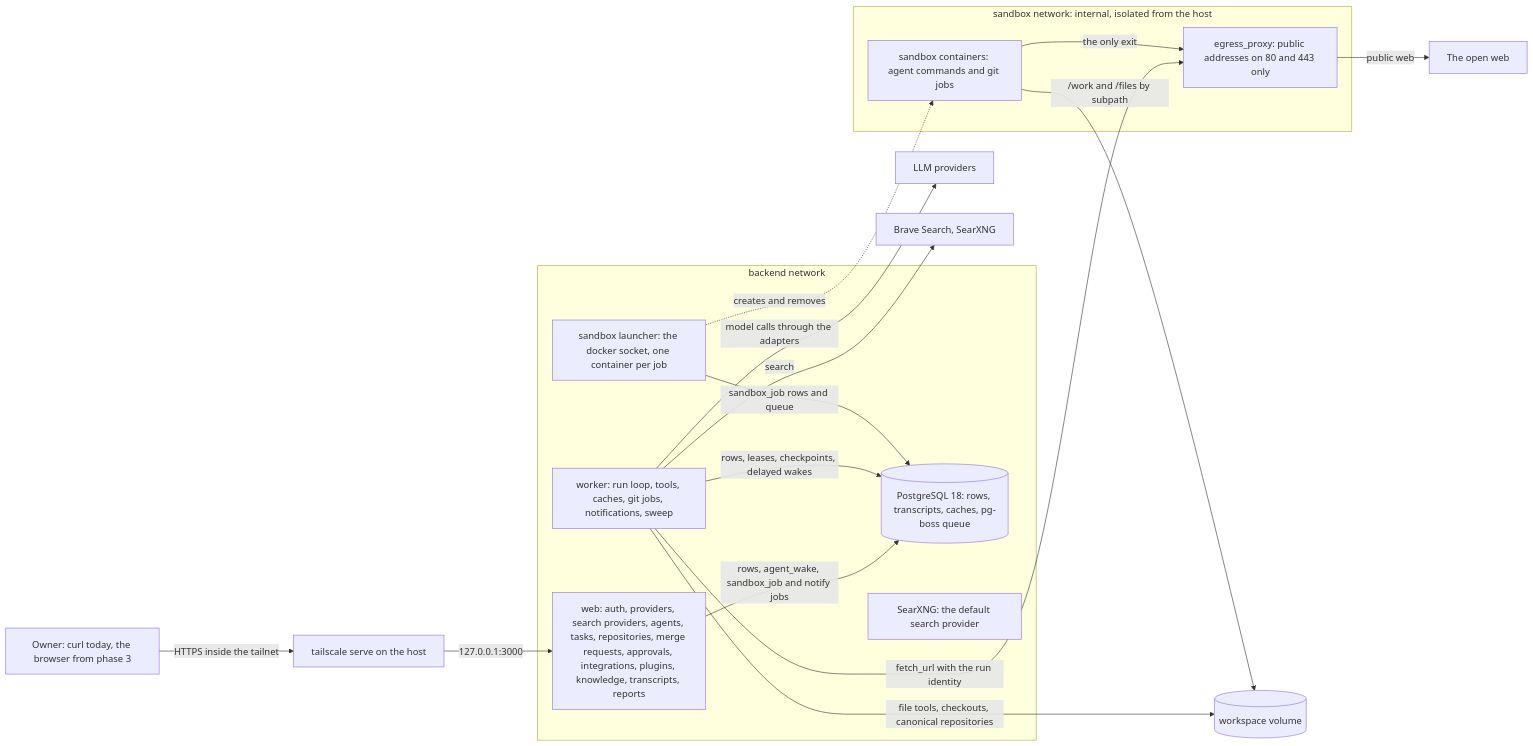
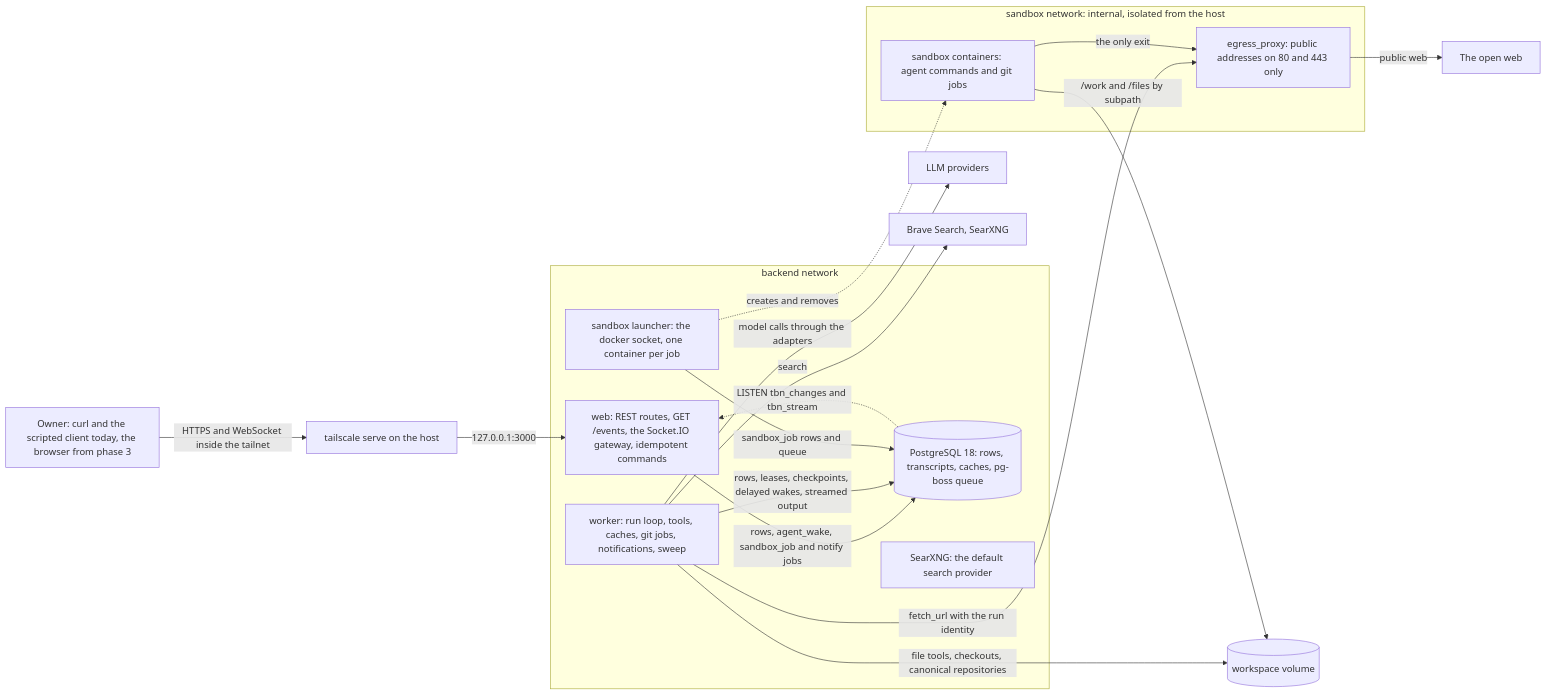
One commit to JohnFilhmar/tbn_game changed the diagram in docs/architecture.md. Above: the diagram before and after it, drawn with Mermaid. The commit also changed other lines of this file and 4 other files, not shown here.

````diff
--- a/docs/architecture.md
+++ b/docs/architecture.md
@@ -25,27 +25,28 @@
 ```mermaid
 flowchart LR
-  owner["Owner: curl today, the browser from phase 3"] -->|"HTTPS inside the tailnet"| serve["tailscale serve on the host"]
+  owner["Owner: curl and the scripted client today, the browser from phase 3"] -->|"HTTPS and WebSocket inside the tailnet"| serve["tailscale serve on the host"]
   serve -->|"127.0.0.1:3000"| web
   subgraph backend_network["backend network"]
-    web["web: auth, providers, search providers, agents, tasks, repositories, merge requests, approvals, integrations, plugins, knowledge, transcripts, reports"]
+    web["web: REST routes, GET /events, the Socket.IO gateway, idempotent commands"]
     worker["worker: run loop, tools, caches, git jobs, notifications, sweep"]
     sandbox["sandbox launcher: the docker socket, one container per job"]
     postgres[("PostgreSQL 18: rows, transcripts, caches, pg-boss queue")]
     searxng["SearXNG: the default search provider"]
   end
   subgraph sandbox_network["sandbox network: internal, isolated from the host"]
     jobs["sandbox containers: agent commands and git jobs"]
     egress_proxy["egress_proxy: public addresses on 80 and 443 only"]
   end
   web -->|"rows, agent_wake, sandbox_job and notify jobs"| postgres
-  worker -->|"rows, leases, checkpoints, delayed wakes"| postgres
+  postgres -.->|"LISTEN tbn_changes and tbn_stream"| web
+  worker -->|"rows, leases, checkpoints, delayed wakes, streamed output"| postgres
   sandbox -->|"sandbox_job rows and queue"| postgres
   sandbox -.->|"creates and removes"| jobs
   worker -->|"model calls through the adapters"| llm["LLM providers"]
   worker -->|"search"| search["Brave Search, SearXNG"]
   worker -->|"fetch_url with the run identity"| egress_proxy
   jobs -->|"the only exit"| egress_proxy
   egress_proxy -->|"public web"| internet["The open web"]
   worker -->|"file tools, checkouts, canonical repositories"| workspace[("workspace volume")]
   jobs -->|"/work and /files by subpath"| workspace
 ```
````
